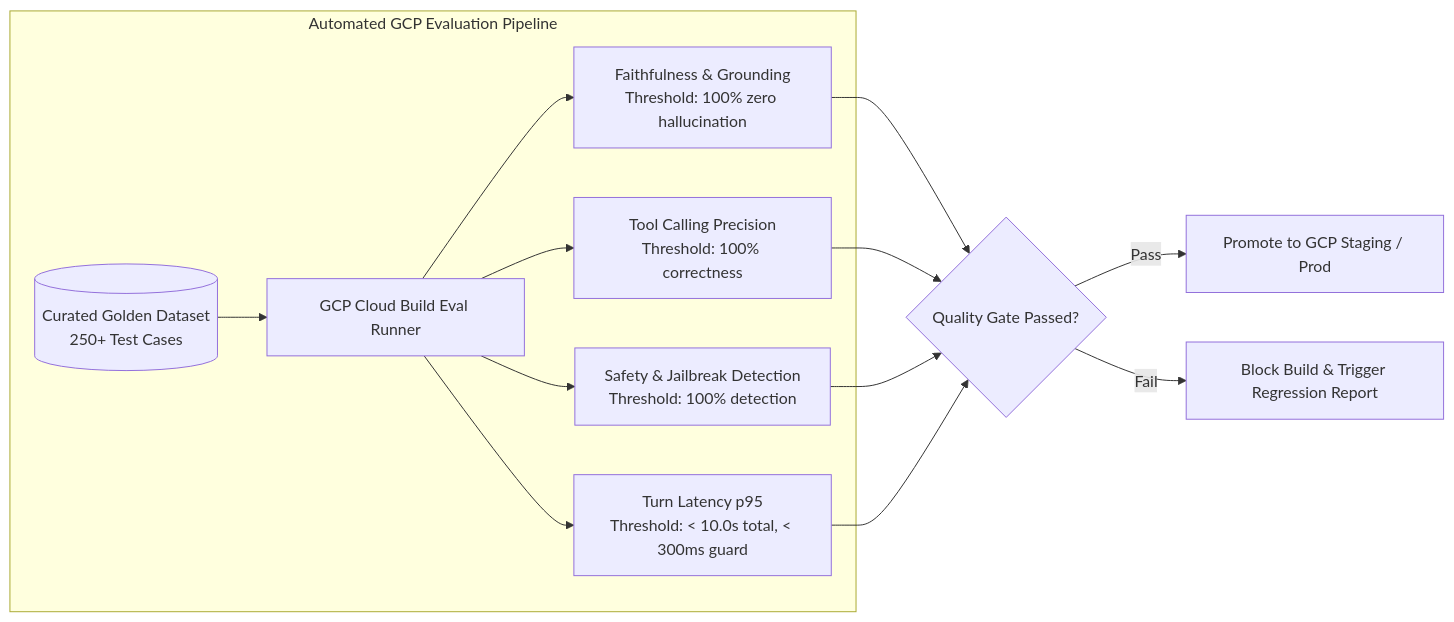
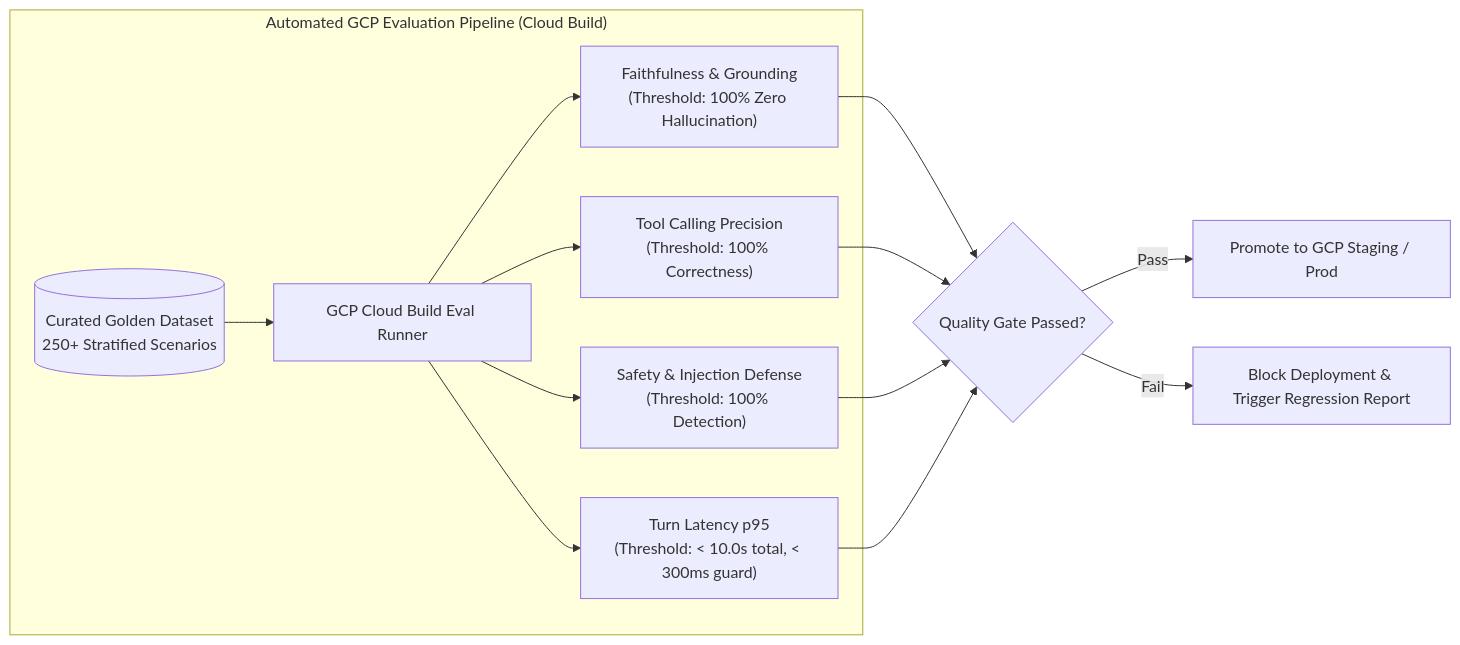
One commit to SushantJagdale/elevate-hr-agentic-solution changed the tenth of 10 diagrams in Consolidated_SDD.md. Above: the diagram before and after it, drawn with Mermaid. The commit also changed other lines of this file, not shown here.

Commit message:
modified after 1st eval run

````diff
--- a/Consolidated_SDD.md
+++ b/Consolidated_SDD.md
@@ -563,19 +671,19 @@
 ```mermaid
 flowchart LR
-    subgraph TestBench ["Automated GCP Evaluation Pipeline"]
-        GoldenDataset[("Curated Golden Dataset\n250+ Test Cases")] --> EvalRunner["GCP Cloud Build Eval Runner"]
+    subgraph TestBench ["Automated GCP Evaluation Pipeline (Cloud Build)"]
+        GoldenDataset[("Curated Golden Dataset\n250+ Stratified Scenarios")] --> EvalRunner["GCP Cloud Build Eval Runner"]
         
-        EvalRunner --> Metric1["Faithfulness & Grounding\nThreshold: 100% zero hallucination"]
-        EvalRunner --> Metric2["Tool Calling Precision\nThreshold: 100% correctness"]
-        EvalRunner --> Metric3["Safety & Jailbreak Detection\nThreshold: 100% detection"]
-        EvalRunner --> Metric4["Turn Latency p95\nThreshold: < 10.0s total, < 300ms guard"]
+        EvalRunner --> Metric1["Faithfulness & Grounding\n(Threshold: 100% Zero Hallucination)"]
+        EvalRunner --> Metric2["Tool Calling Precision\n(Threshold: 100% Correctness)"]
+        EvalRunner --> Metric3["Safety & Injection Defense\n(Threshold: 100% Detection)"]
+        EvalRunner --> Metric4["Turn Latency p95\n(Threshold: < 10.0s total, < 300ms guard)"]
     end
 
     Metric1 --> Gate{"Quality Gate Passed?"}
     Metric2 --> Gate
     Metric3 --> Gate
     Metric4 --> Gate
 
     Gate -->|Pass| Deploy["Promote to GCP Staging / Prod"]
-    Gate -->|Fail| Alert["Block Build & Trigger Regression Report"]
+    Gate -->|Fail| Alert["Block Deployment & Trigger Regression Report"]
 ```
````
